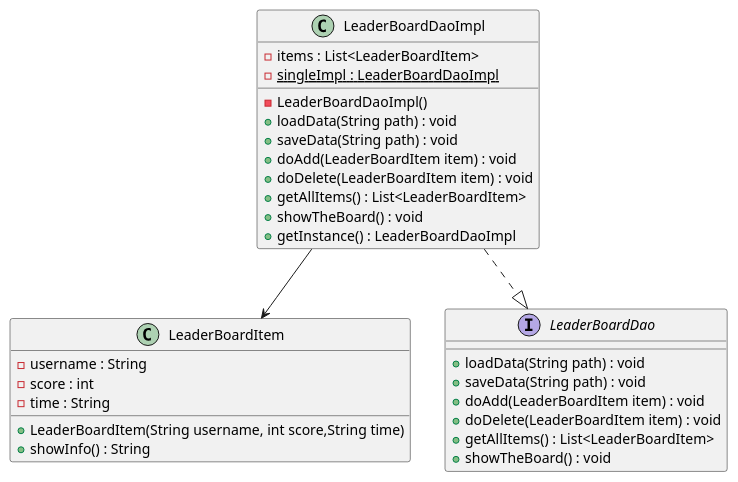
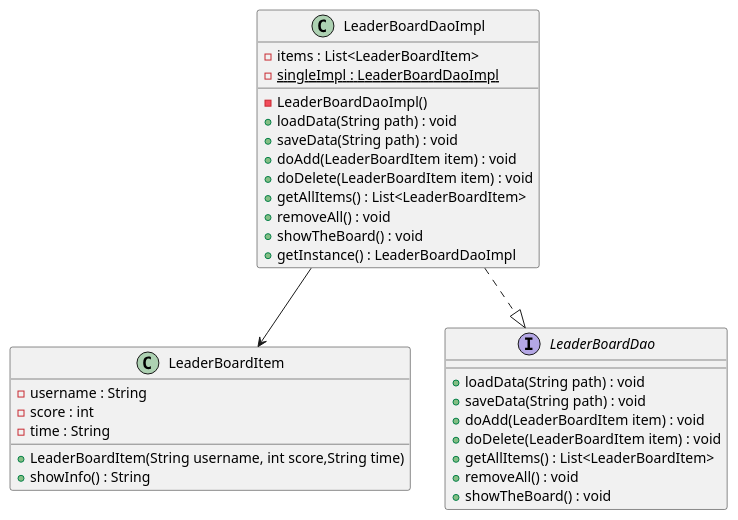
The diagram in uml/LeaderBoardDao.puml (Gamer-M404/AirCraftWar), drawn with PlantUML before and after one commit. The commit also changed 18 other files, not shown here.

```diff
--- a/uml/LeaderBoardDao.puml
+++ b/uml/LeaderBoardDao.puml
@@ -1,43 +1,45 @@
 @startuml
 
 class LeaderBoardItem
 {
     - username : String
     - score : int
     - time : String
 
     + LeaderBoardItem(String username, int score,String time)
     + showInfo() : String
 }
 
 Interface LeaderBoardDao
 {
     + loadData(String path) : void
     + saveData(String path) : void
     + doAdd(LeaderBoardItem item) : void
     + doDelete(LeaderBoardItem item) : void
     + getAllItems() : List<LeaderBoardItem>
+    + removeAll() : void
     + showTheBoard() : void
 }
 
 class LeaderBoardDaoImpl
 {
     - items : List<LeaderBoardItem>
     - {static} singleImpl : LeaderBoardDaoImpl
 
     - LeaderBoardDaoImpl()
     + loadData(String path) : void
     + saveData(String path) : void
     + doAdd(LeaderBoardItem item) : void
     + doDelete(LeaderBoardItem item) : void
     + getAllItems() : List<LeaderBoardItem>
+    + removeAll() : void
     + showTheBoard() : void
     + getInstance() : LeaderBoardDaoImpl
 }
 
 LeaderBoardDaoImpl --> LeaderBoardItem
 LeaderBoardDaoImpl ..|> LeaderBoardDao
 
 
 
 @enduml
```
